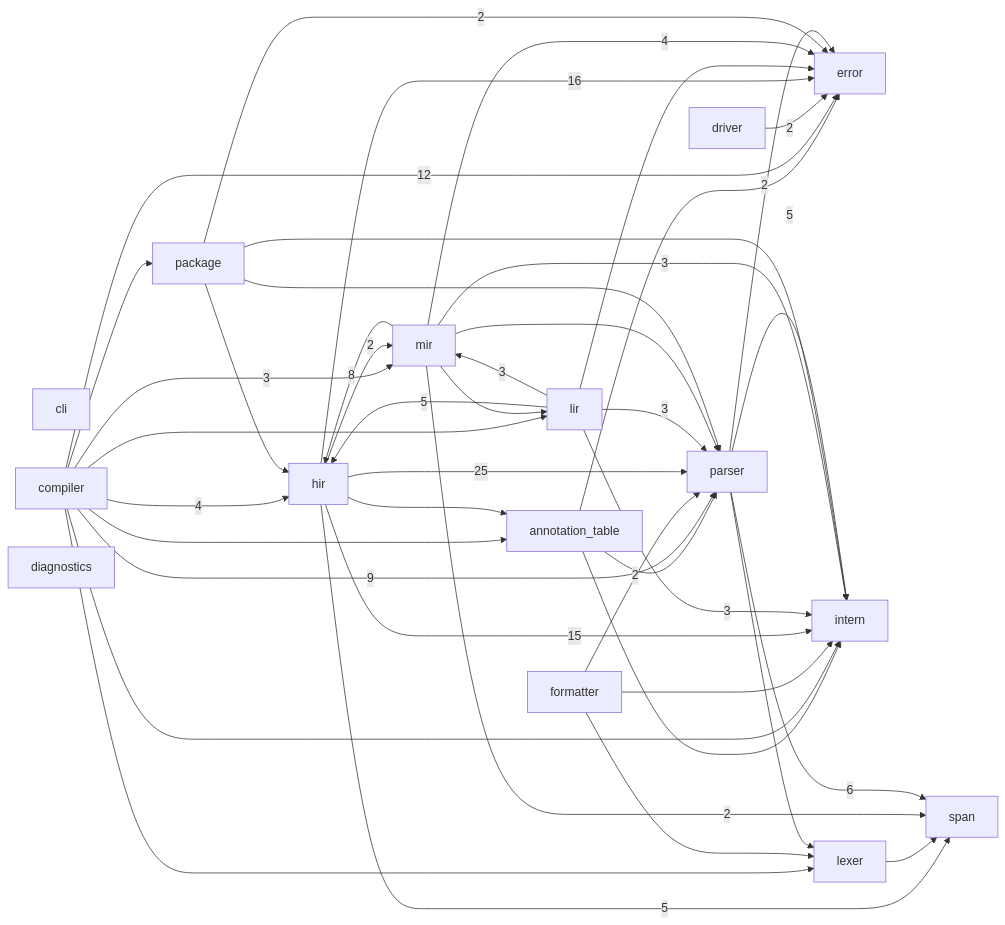
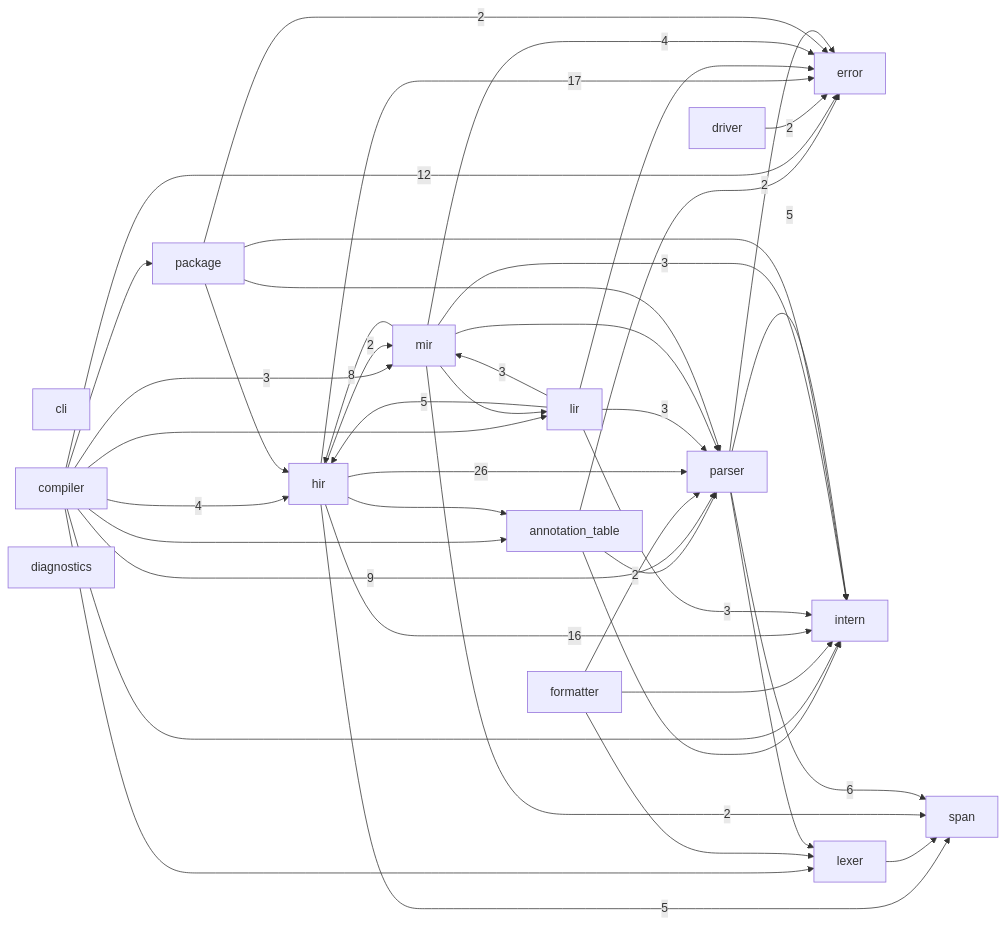
One commit to ayanami1ei/Ayanami-language changed the diagram in docs/module-graph.md. Above: the diagram before and after it, drawn with Mermaid. The commit also changed other lines of this file and 6 other files, not shown here.

````diff
--- a/docs/module-graph.md
+++ b/docs/module-graph.md
@@ -6,60 +6,60 @@
 ```mermaid
 graph LR
     annotation_table
     cli
     compiler
     diagnostics
     driver
     error
     formatter
     hir
     intern
     lexer
     lir
     mir
     package
     parser
     span
     annotation_table --> error
     annotation_table --> intern
     annotation_table --> parser
     compiler --> annotation_table
     compiler -->|12| error
     compiler -->|4| hir
     compiler --> intern
     compiler --> lexer
     compiler --> lir
     compiler -->|3| mir
     compiler --> package
     compiler -->|9| parser
     driver -->|2| error
     formatter --> intern
     formatter --> lexer
     formatter -->|2| parser
     hir --> annotation_table
-    hir -->|16| error
-    hir -->|15| intern
+    hir -->|17| error
+    hir -->|16| intern
     hir -->|2| mir
-    hir -->|25| parser
+    hir -->|26| parser
     hir -->|5| span
     lexer --> span
     lir --> error
     lir -->|5| hir
     lir -->|3| intern
     lir -->|3| mir
     lir -->|3| parser
     mir -->|4| error
     mir -->|8| hir
     mir -->|3| intern
     mir --> lir
     mir --> parser
     mir -->|2| span
     package -->|2| error
     package --> hir
     package --> intern
     package --> parser
     parser -->|2| error
     parser -->|5| intern
     parser --> lexer
     parser -->|6| span
 ```
````
